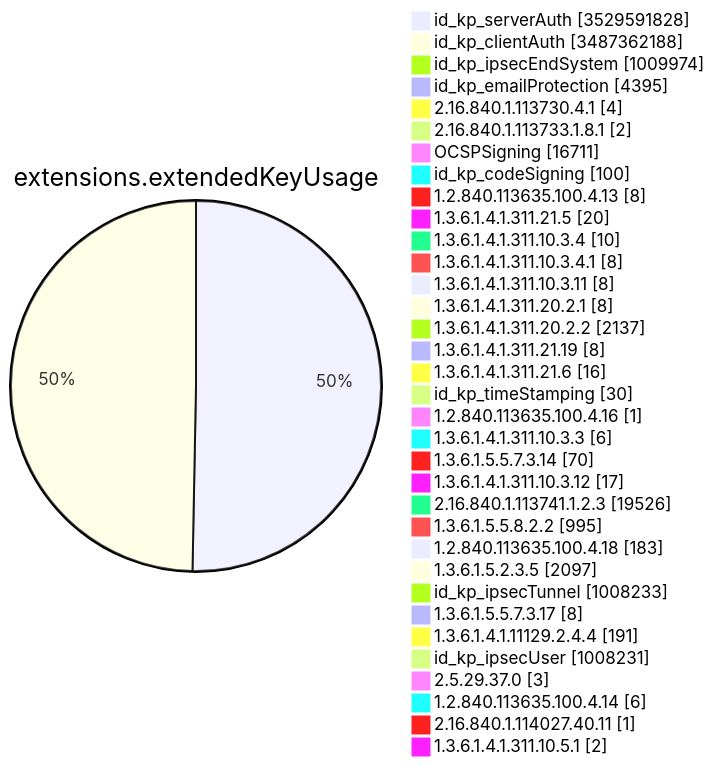
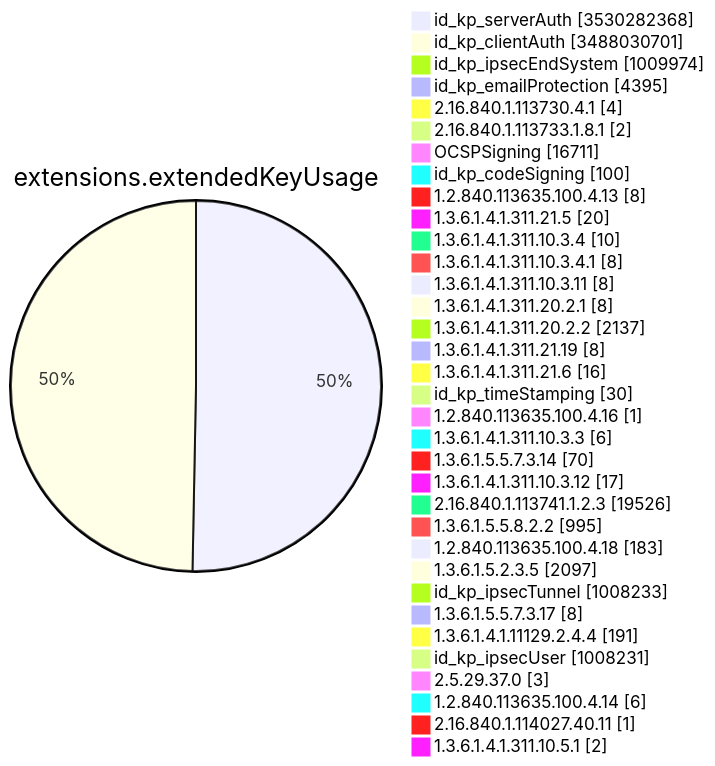
One commit to christiankrug/ctmonitor_visualization changed diagram 11 of 15 in TOTAL/README.md. Above: the diagram before and after it, drawn with Mermaid. The commit also changed other lines of this file, not shown here.

````diff
--- a/TOTAL/README.md
+++ b/TOTAL/README.md
@@ -4127,38 +4127,38 @@
 ```mermaid
 pie showData
 title extensions.extendedKeyUsage
-"id_kp_serverAuth" :3529591828
-"id_kp_clientAuth" :3487362188
+"id_kp_serverAuth" :3530282368
+"id_kp_clientAuth" :3488030701
 "id_kp_ipsecEndSystem" :1009974
 "id_kp_emailProtection" :4395
 "2.16.840.1.113730.4.1" :4
 "2.16.840.1.113733.1.8.1" :2
 "OCSPSigning" :16711
 "id_kp_codeSigning" :100
 "1.2.840.113635.100.4.13" :8
 "1.3.6.1.4.1.311.21.5" :20
 "1.3.6.1.4.1.311.10.3.4" :10
 "1.3.6.1.4.1.311.10.3.4.1" :8
 "1.3.6.1.4.1.311.10.3.11" :8
 "1.3.6.1.4.1.311.20.2.1" :8
 "1.3.6.1.4.1.311.20.2.2" :2137
 "1.3.6.1.4.1.311.21.19" :8
 "1.3.6.1.4.1.311.21.6" :16
 "id_kp_timeStamping" :30
 "1.2.840.113635.100.4.16" :1
 "1.3.6.1.4.1.311.10.3.3" :6
 "1.3.6.1.5.5.7.3.14" :70
 "1.3.6.1.4.1.311.10.3.12" :17
 "2.16.840.1.113741.1.2.3" :19526
 "1.3.6.1.5.5.8.2.2" :995
 "1.2.840.113635.100.4.18" :183
 "1.3.6.1.5.2.3.5" :2097
 "id_kp_ipsecTunnel" :1008233
 "1.3.6.1.5.5.7.3.17" :8
 "1.3.6.1.4.1.11129.2.4.4" :191
 "id_kp_ipsecUser" :1008231
 "2.5.29.37.0" :3
 "1.2.840.113635.100.4.14" :6
 "2.16.840.1.114027.40.11" :1
 "1.3.6.1.4.1.311.10.5.1" :2
 ```
````
